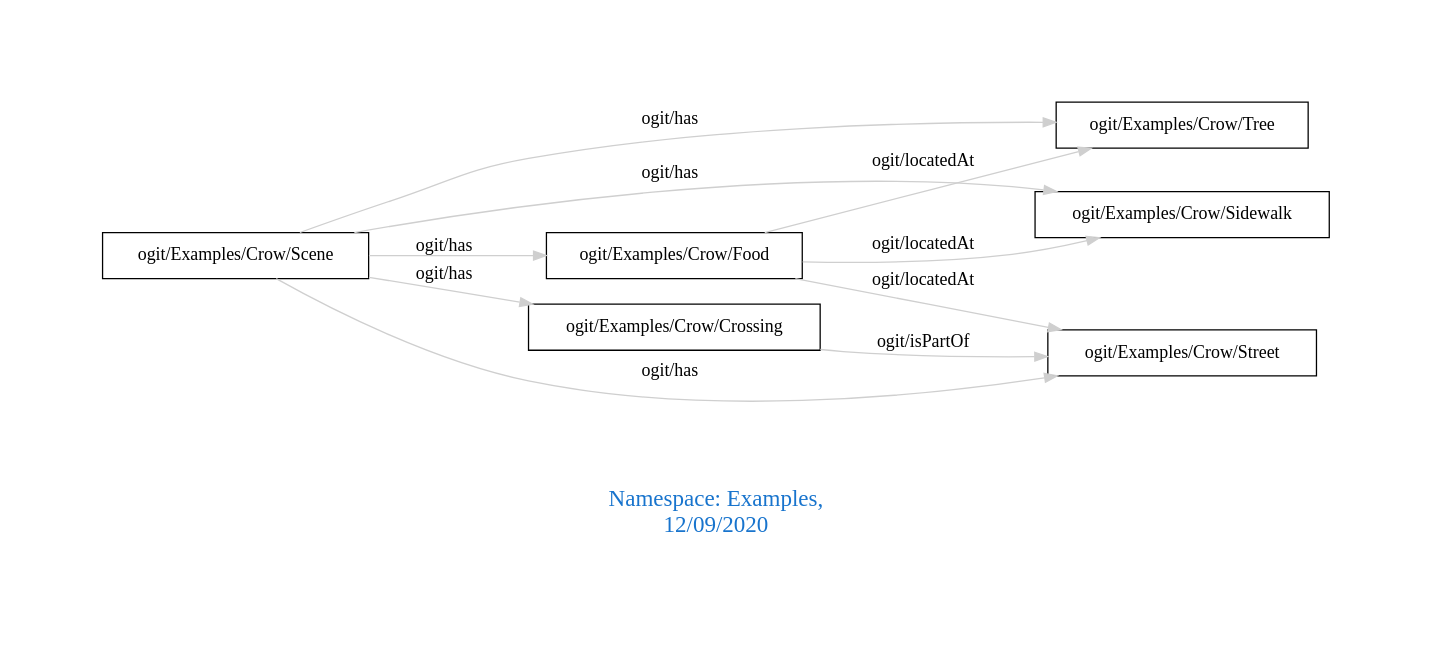
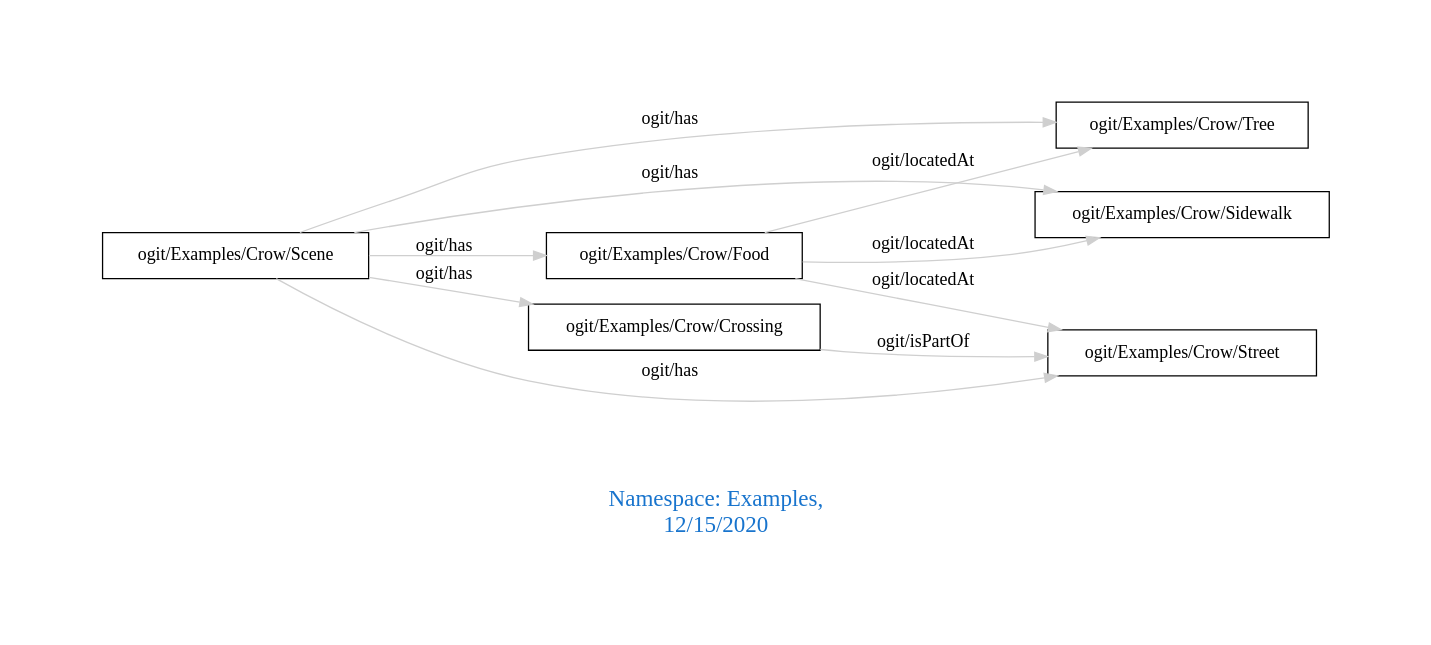
One commit to arago/OGIT changed the diagram in downloads/Examples.dot. Above: the diagram before and after it, drawn with Graphviz. The commit also changed 1860 other files, not shown here.

```diff
--- a/downloads/Examples.dot
+++ b/downloads/Examples.dot
@@ -1,17 +1,17 @@
 digraph OGIT_ontology {
  graph [ rankdir= LR,pad=1 
 fontsize = 18,
-fontcolor= dodgerblue3,label = "\n\n\nNamespace: Examples, \n 12/09/2020"];
+fontcolor= dodgerblue3,label = "\n\n\nNamespace: Examples, \n 12/15/2020"];
 node[shape=polygon];
 edge [  color="gray81"];
 
    "ogit/Examples/Crow/Food" -> "ogit/Examples/Crow/Tree" [label="   ogit/locatedAt    "];
    "ogit/Examples/Crow/Food" -> "ogit/Examples/Crow/Street" [label="   ogit/locatedAt    "];
    "ogit/Examples/Crow/Food" -> "ogit/Examples/Crow/Sidewalk" [label="   ogit/locatedAt    "];
    "ogit/Examples/Crow/Scene" -> "ogit/Examples/Crow/Food" [label="   ogit/has    "];
    "ogit/Examples/Crow/Scene" -> "ogit/Examples/Crow/Tree" [label="   ogit/has    "];
    "ogit/Examples/Crow/Scene" -> "ogit/Examples/Crow/Street" [label="   ogit/has    "];
    "ogit/Examples/Crow/Scene" -> "ogit/Examples/Crow/Crossing" [label="   ogit/has    "];
    "ogit/Examples/Crow/Scene" -> "ogit/Examples/Crow/Sidewalk" [label="   ogit/has    "];
    "ogit/Examples/Crow/Crossing" -> "ogit/Examples/Crow/Street" [label="   ogit/isPartOf    "];
 }
```
